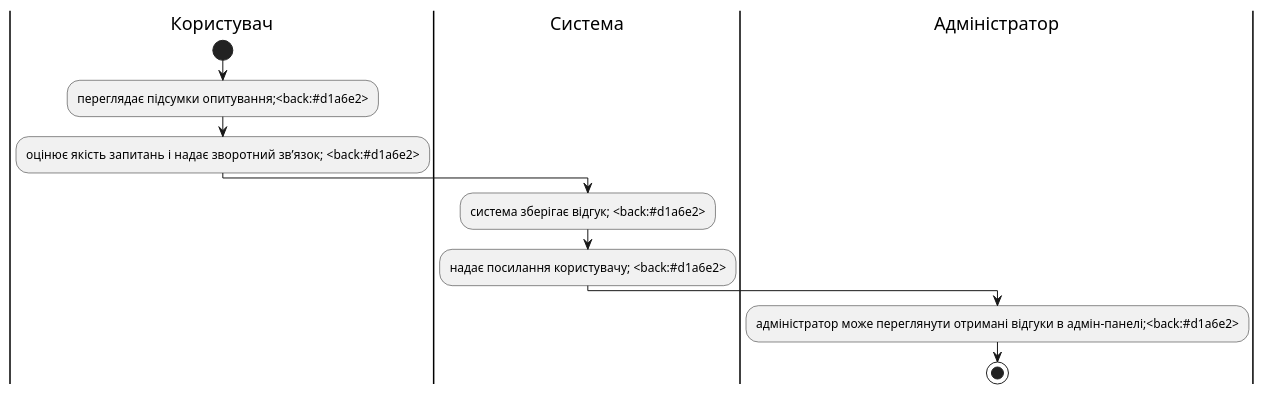
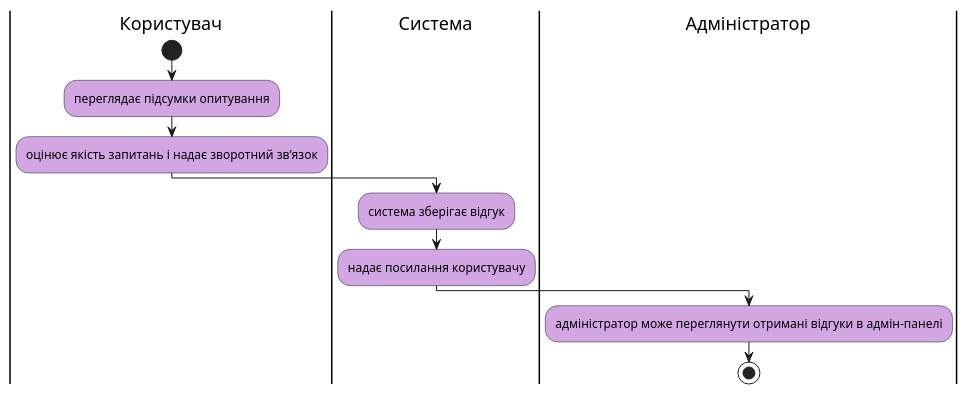
Before and after one commit to sunnytea0/db_labs_my: the third of 3 diagrams in docs/use cases/README.md, drawn with PlantUML. The commit also changed other lines of this file, not shown here.

```diff
--- a/docs/use cases/README.md
+++ b/docs/use cases/README.md
@@ -215,18 +216,20 @@
 @startuml
+
+skinparam ActivityBackgroundColor #d1a6e2
 
     |Користувач|
     start;
-    :переглядає підсумки опитування;<back:#d1a6e2>;
-    :оцінює якість запитань і надає зворотний зв’язок;  <back:#d1a6e2>;
+    :переглядає підсумки опитування;
+    :оцінює якість запитань і надає зворотний зв’язок;
 
     |Система|
-    :система зберігає відгук; <back:#d1a6e2>;
+    :система зберігає відгук; 
 
-    :надає посилання користувачу; <back:#d1a6e2>;
+    :надає посилання користувачу; 
 
     |Адміністратор|
-    :адміністратор може переглянути отримані відгуки в адмін-панелі;<back:#d1a6e2>;
+    :адміністратор може переглянути отримані відгуки в адмін-панелі;
     
     stop;
 
 @enduml
```
